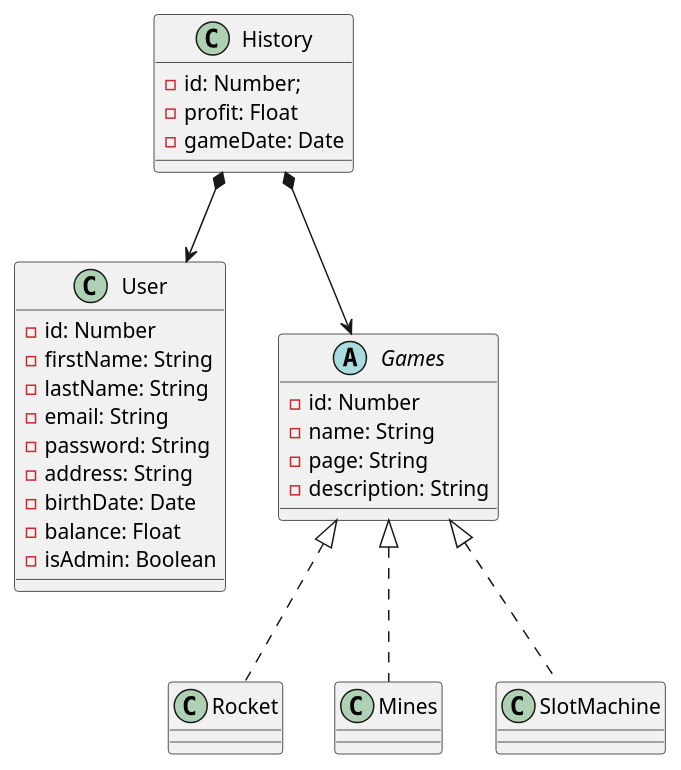
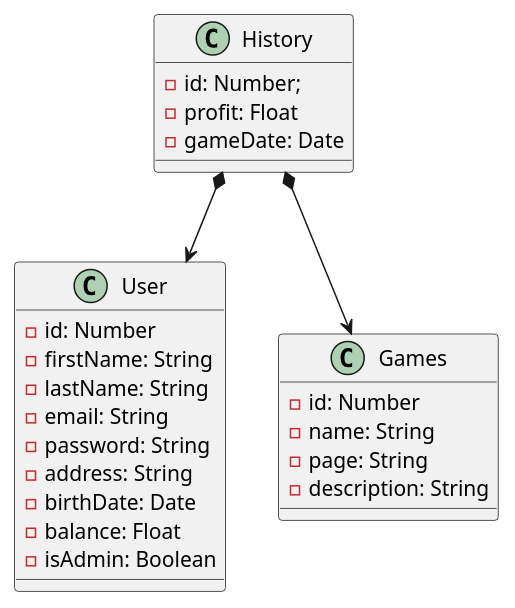
Before and after one commit to jojo-jrd/Ensimag-CasiDio: the third of 3 diagrams in README.md, drawn with PlantUML. The commit also changed other lines of this file, not shown here.

````diff
--- a/README.md
+++ b/README.md
@@ -155,37 +159,30 @@
 ```plantuml
 class User{
   -id: Number
   -firstName: String
   -lastName: String
   -email: String
   -password: String
   -address: String
   -birthDate: Date
   -balance: Float
   -isAdmin: Boolean
 }
 
-abstract Games{
+class Games{
   -id: Number
   -name: String
   -page: String
   -description: String
-}
-
-class Rocket implements Games{
-}
-class Mines implements Games{
-}
-class SlotMachine implements Games{
 }
 
 class History{
  -id: Number;
  -profit: Float
  -gameDate: Date
 }
 
 
 History *--> User
 History *--> Games
 ```
````
